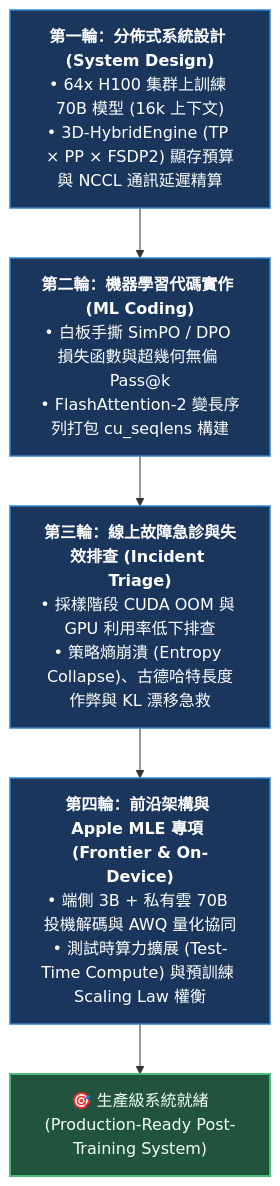
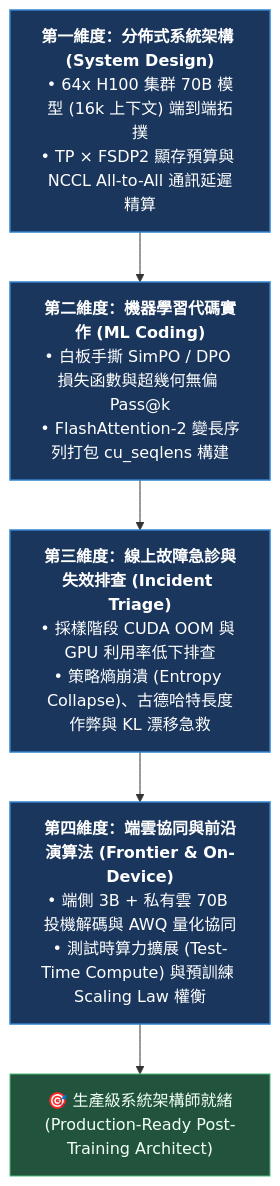
One commit to cwleung/post-training changed the first of 4 diagrams in rlvr/tutorials/14_post_training_systems_and_triage_playbook.md. Above: the diagram before and after it, drawn with Mermaid. The commit also changed other lines of this file and 46 other files, not shown here.

````diff
--- a/rlvr/tutorials/14_post_training_systems_and_triage_playbook.md
+++ b/rlvr/tutorials/14_post_training_systems_and_triage_playbook.md
@@ -11,14 +12,14 @@
 ```mermaid
 flowchart TD
-    R1["<b>第一輪：分佈式系統設計 (System Design)</b><br/>• 64x H100 集群上訓練 70B 模型 (16k 上下文)<br/>• 3D-HybridEngine (TP × PP × FSDP2) 顯存預算與 NCCL 通訊延遲精算"]
-    R2["<b>第二輪：機器學習代碼實作 (ML Coding)</b><br/>• 白板手撕 SimPO / DPO 損失函數與超幾何無偏 Pass@k<br/>• FlashAttention-2 變長序列打包 cu_seqlens 構建"]
-    R3["<b>第三輪：線上故障急診與失效排查 (Incident Triage)</b><br/>• 採樣階段 CUDA OOM 與 GPU 利用率低下排查<br/>• 策略熵崩潰 (Entropy Collapse)、古德哈特長度作弊與 KL 漂移急救"]
-    R4["<b>第四輪：前沿架構與 Apple MLE 專項 (Frontier & On-Device)</b><br/>• 端側 3B + 私有雲 70B 投機解碼與 AWQ 量化協同<br/>• 測試時算力擴展 (Test-Time Compute) 與預訓練 Scaling Law 權衡"]
+    R1["<b>第一維度：分佈式系統架構 (System Design)</b><br/>• 64x H100 集群 70B 模型 (16k 上下文) 端到端拓撲<br/>• TP × FSDP2 顯存預算與 NCCL All-to-All 通訊延遲精算"]
+    R2["<b>第二維度：機器學習代碼實作 (ML Coding)</b><br/>• 白板手撕 SimPO / DPO 損失函數與超幾何無偏 Pass@k<br/>• FlashAttention-2 變長序列打包 cu_seqlens 構建"]
+    R3["<b>第三維度：線上故障急診與失效排查 (Incident Triage)</b><br/>• 採樣階段 CUDA OOM 與 GPU 利用率低下排查<br/>• 策略熵崩潰 (Entropy Collapse)、古德哈特長度作弊與 KL 漂移急救"]
+    R4["<b>第四維度：端雲協同與前沿演算法 (Frontier & On-Device)</b><br/>• 端側 3B + 私有雲 70B 投機解碼與 AWQ 量化協同<br/>• 測試時算力擴展 (Test-Time Compute) 與預訓練 Scaling Law 權衡"]
 
-    R1 --> R2 --> R3 --> R4 --> OFFER["🎯 生產級系統就緒<br/>(Production-Ready Post-Training System)"]
+    R1 --> R2 --> R3 --> R4 --> OFFER["🎯 生產級系統架構師就緒<br/>(Production-Ready Post-Training Architect)"]
 
     classDef round fill:#1a365d,stroke:#3182ce,stroke-width:1.5px,color:#fff;
-    classDef offer fill:#22543d,stroke:#48bb78,stroke-width:2px,color:#f0fff4;
+    classDef offer fill:#22543d,stroke:#48bb78,color:#f0fff4;
     class R1,R2,R3,R4 round;
     class OFFER offer;
 ```
````
